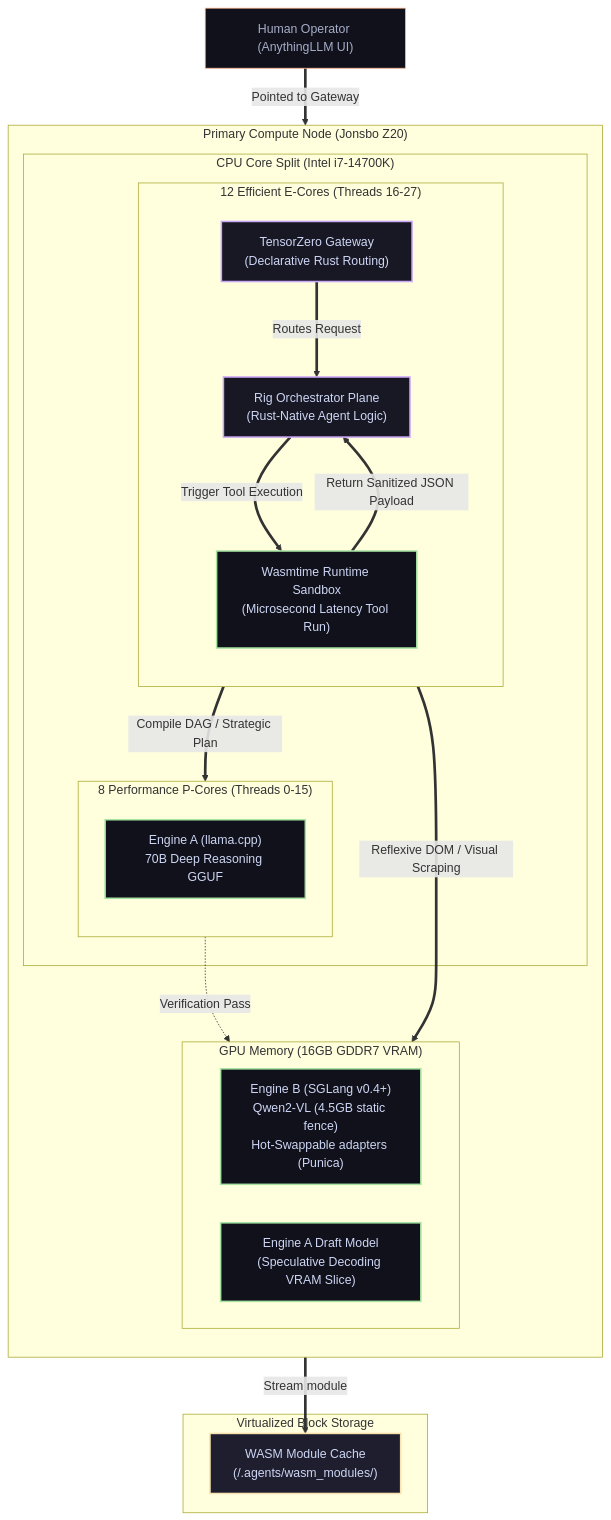
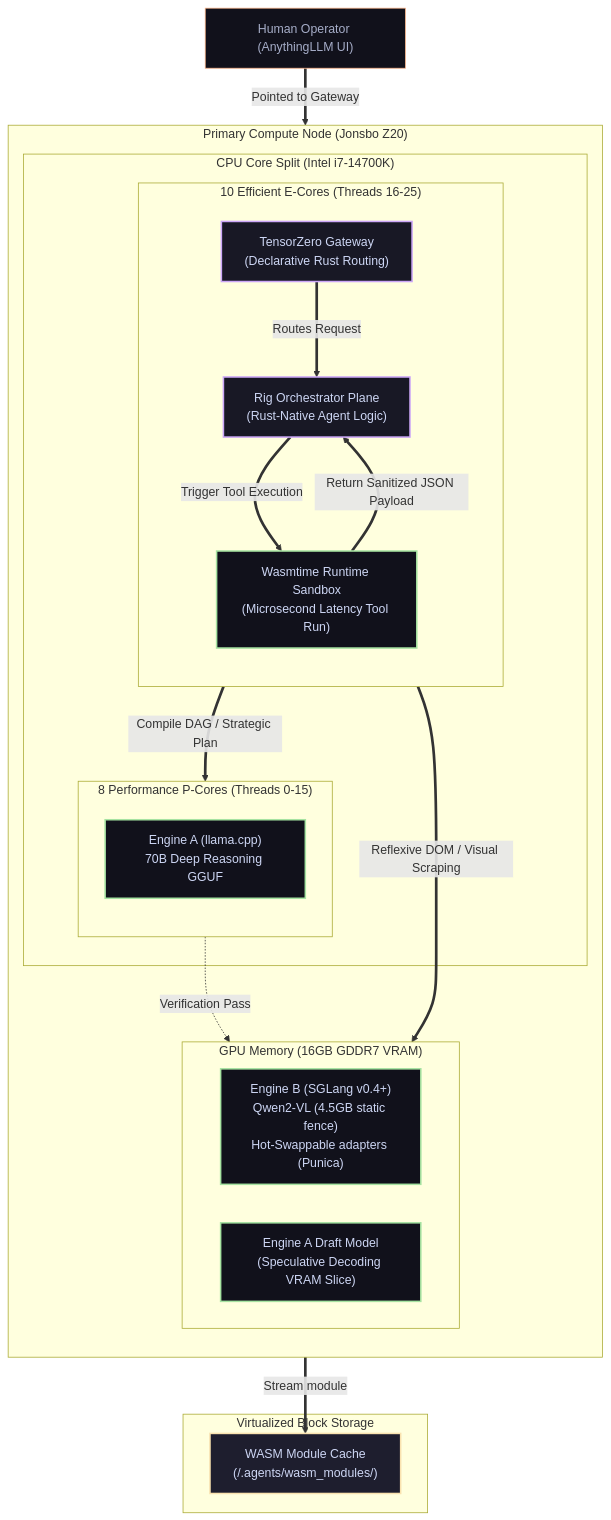
One commit to foersben/janus-synapse-edge changed the diagram in docs/08. Agent Workflows & UI Layer.md. Above: the diagram before and after it, drawn with Mermaid. The commit also changed other lines of this file and 13 other files, not shown here.

````diff
--- a/docs/08. Agent Workflows & UI Layer.md
+++ b/docs/08. Agent Workflows & UI Layer.md
@@ -22,53 +22,53 @@
 ```mermaid
 flowchart TD
     %% Styling Definitions
     classDef hardware fill:#181825,stroke:#89b4fa,stroke-width:2px,color:#cdd6f4
     classDef virtual fill:#11111b,stroke:#a6e3a1,stroke-width:2px,color:#cdd6f4
     classDef runtime fill:#181825,stroke:#cba6f7,stroke-width:2px,color:#cdd6f4
     classDef memory fill:#1e1e2e,stroke:#f9e2af,stroke-width:2px,color:#cdd6f4
     classDef switch fill:#11111b,stroke:#fab387,stroke-width:1px,color:#a6adc8
 
     User["Human Operator (AnythingLLM UI)"]:::switch
 
     subgraph ComputeNode["Primary Compute Node (Jonsbo Z20)"]
         direction TB
 
         subgraph CoreAllocation["CPU Core Split (Intel i7-14700K)"]
-            subgraph E_Cores["12 Efficient E-Cores (Threads 16-27)"]
+            subgraph E_Cores["10 Efficient E-Cores (Threads 16-25)"]
                 direction TB
                 TZGateway["TensorZero Gateway<br/>(Declarative Rust Routing)"]:::runtime
                 RigEngine["Rig Orchestrator Plane<br/>(Rust-Native Agent Logic)"]:::runtime
                 Wasmtime["Wasmtime Runtime Sandbox<br/>(Microsecond Latency Tool Run)"]:::virtual
             end
 
             subgraph P_Cores["8 Performance P-Cores (Threads 0-15)"]
                 direction TB
                 EngineA["Engine A (llama.cpp)<br/>70B Deep Reasoning GGUF"]:::virtual
             end
         end
 
         subgraph BlackwellVRAM["GPU Memory (16GB GDDR7 VRAM)"]
             direction LR
             EngineB["Engine B (SGLang v0.4+)<br/>Qwen2-VL (4.5GB static fence)<br/>Hot-Swappable adapters (Punica)"]:::virtual
             EngineA_VRAM["Engine A Draft Model<br/>(Speculative Decoding VRAM Slice)"]:::virtual
         end
     end
 
     subgraph LocalDisk["Virtualized Block Storage"]
         WASM_Dir["WASM Module Cache<br/>(/.agents/wasm_modules/)"]:::memory
     end
 
     %% Interactions and logic flow
     User ==>|"Pointed to Gateway"| TZGateway
     TZGateway ==>|"Routes Request"| RigEngine
 
     RigEngine ==>|"Compile DAG / Strategic Plan"| EngineA
     RigEngine ==>|"Reflexive DOM / Visual Scraping"| EngineB
     RigEngine ==>|"Trigger Tool Execution"| Wasmtime
 
     Wasmtime ==>|"Stream module"| WASM_Dir
     Wasmtime ==>|"Return Sanitized JSON Payload"| RigEngine
 
     %% Speculative decoding CPU/GPU link
     EngineA -. "Verification Pass" .-> EngineA_VRAM
 ```
````
